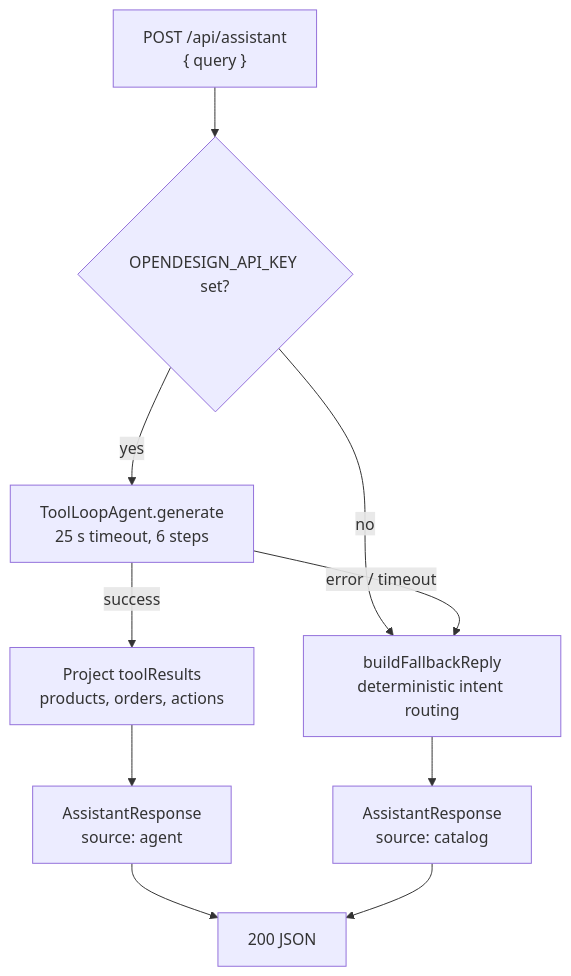
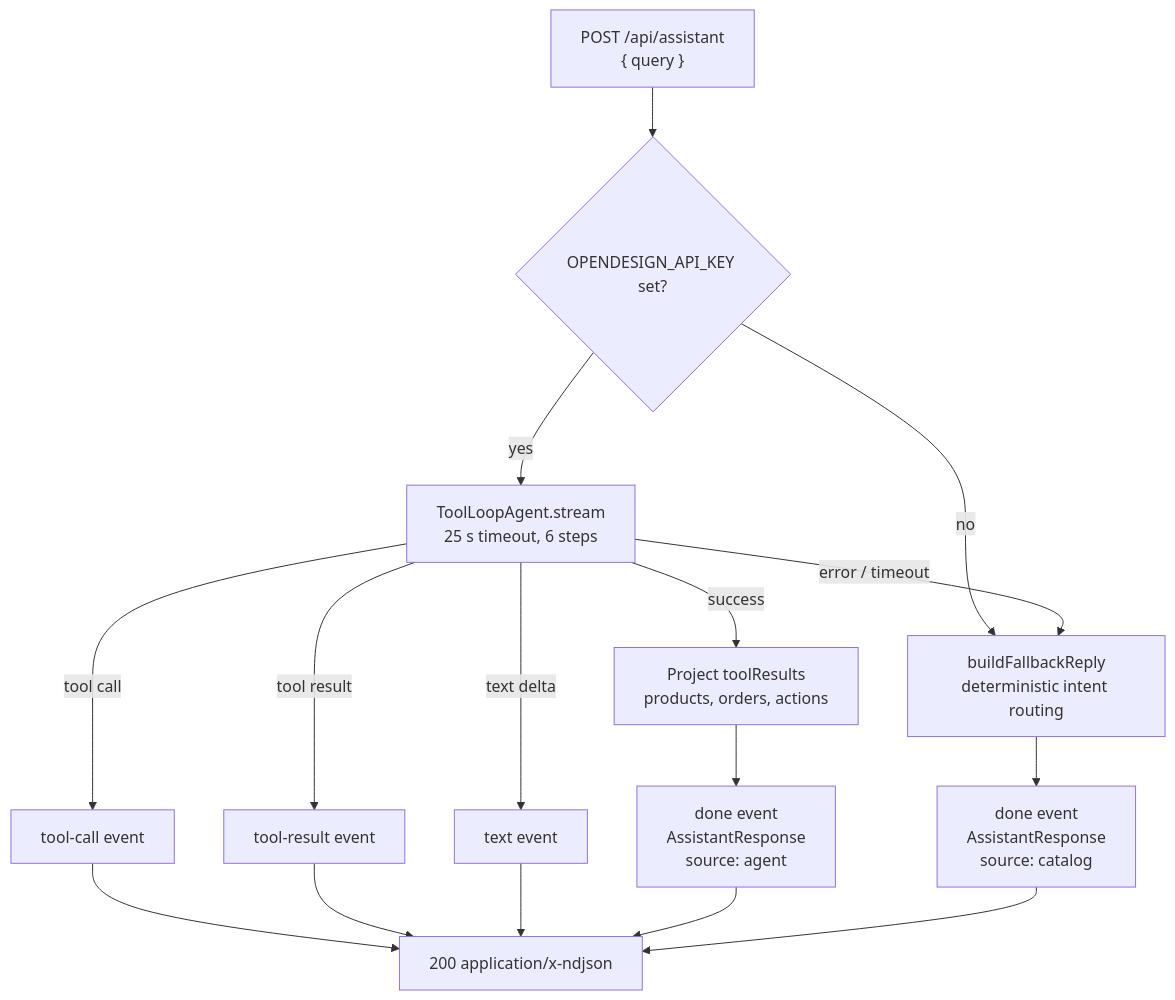
The diagram in docs/ai-assistant.md (robertli1993/my-e-shop), drawn with Mermaid before and after one commit. The commit also changed other lines of this file and 8 other files, not shown here.

Commit message:
Stream assistant replies and show tool calls

````diff
--- a/docs/ai-assistant.md
+++ b/docs/ai-assistant.md
@@ -13,12 +13,18 @@
 ```mermaid
 flowchart TD
   A["POST /api/assistant<br/>{ query }"] --> B{"OPENDESIGN_API_KEY set?"}
   B -- no --> F["buildFallbackReply<br/>deterministic intent routing"]
-  B -- yes --> C["ToolLoopAgent.generate<br/>25 s timeout, 6 steps"]
+  B -- yes --> C["ToolLoopAgent.stream<br/>25 s timeout, 6 steps"]
+  C -- tool call --> T["tool-call event"]
+  C -- tool result --> U["tool-result event"]
+  C -- text delta --> X["text event"]
   C -- success --> D["Project toolResults<br/>products, orders, actions"]
   C -- error / timeout --> F
-  D --> R["AssistantResponse<br/>source: agent"]
-  F --> R2["AssistantResponse<br/>source: catalog"]
-  R --> E["200 JSON"]
-  R2 --> E
+  D --> R["done event<br/>AssistantResponse<br/>source: agent"]
+  F --> R2["done event<br/>AssistantResponse<br/>source: catalog"]
+  T --> S["200 application/x-ndjson"]
+  U --> S
+  X --> S
+  R --> S
+  R2 --> S
 ```
````
